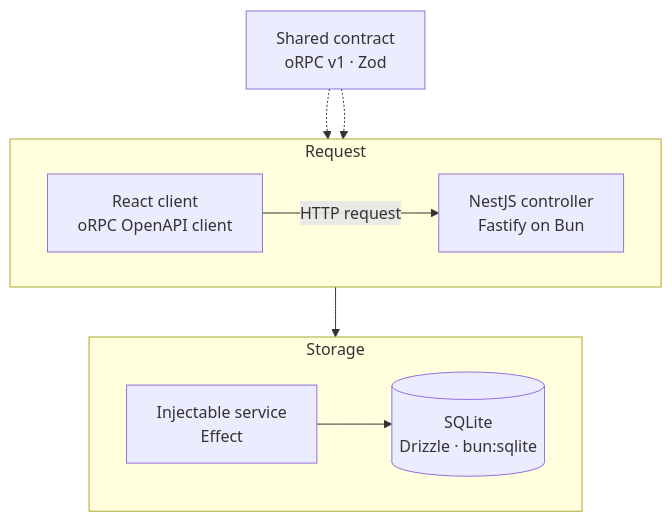
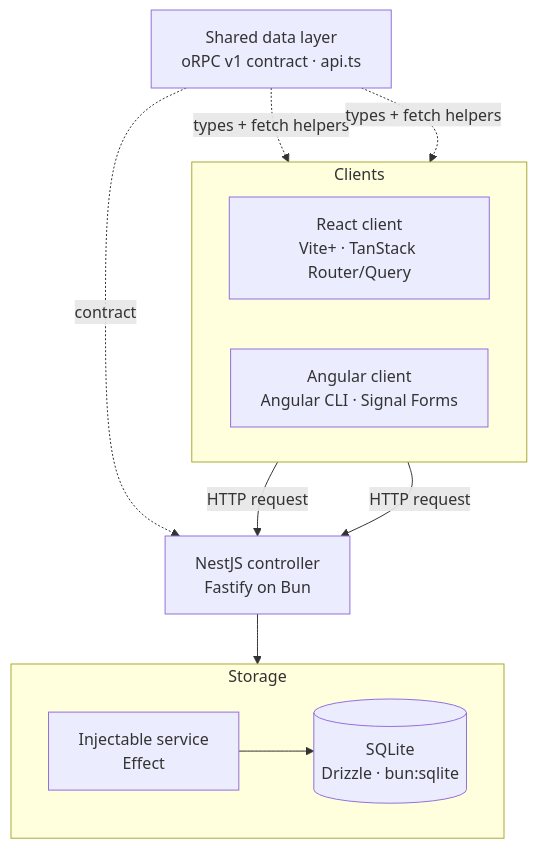
Before and after one commit to MH221B/lightweight-web-app-setup: the diagram in architecture.mmd, drawn with Mermaid. The commit also changed 34 other files, not shown here.

First line of the commit message:
feat(client-angular): add the angular 22 client flavor

```diff
--- a/architecture.mmd
+++ b/architecture.mmd
@@ -1,18 +1,21 @@
 flowchart TB
-  Contract[Shared contract<br/>oRPC v1 · Zod]
-  subgraph Request
+  subgraph Clients
     direction LR
-    Client[React client<br/>oRPC OpenAPI client]
-    API[NestJS controller<br/>Fastify on Bun]
-    Client -->|HTTP request| API
+    React[React client<br/>Vite+ · TanStack Router/Query]
+    Angular[Angular client<br/>Angular CLI · Signal Forms]
   end
+  Shared[Shared data layer<br/>oRPC v1 contract · api.ts]
+  API[NestJS controller<br/>Fastify on Bun]
   subgraph Storage
     direction LR
     Service[Injectable service<br/>Effect]
     DB[(SQLite<br/>Drizzle · bun:sqlite)]
     Service --> DB
   end
 
+  React -->|HTTP request| API
+  Angular -->|HTTP request| API
   API --> Service
-  Contract -.-> Client
-  Contract -.-> API
+  Shared -.->|types + fetch helpers| React
+  Shared -.->|types + fetch helpers| Angular
+  Shared -.->|contract| API
```
